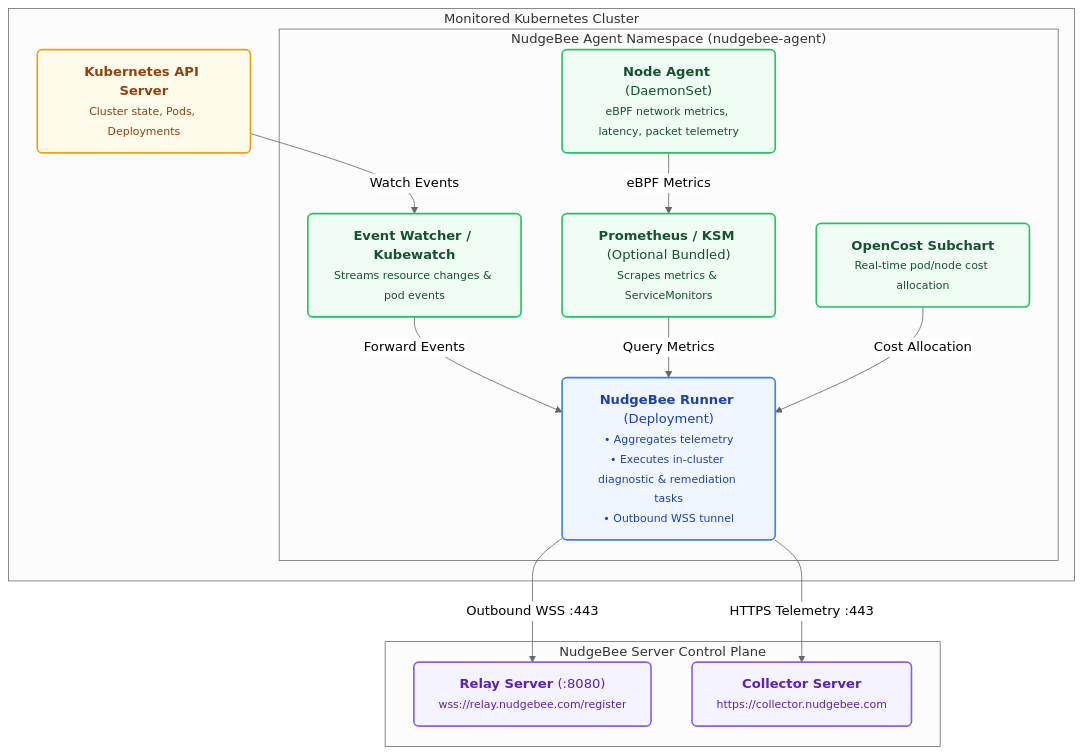
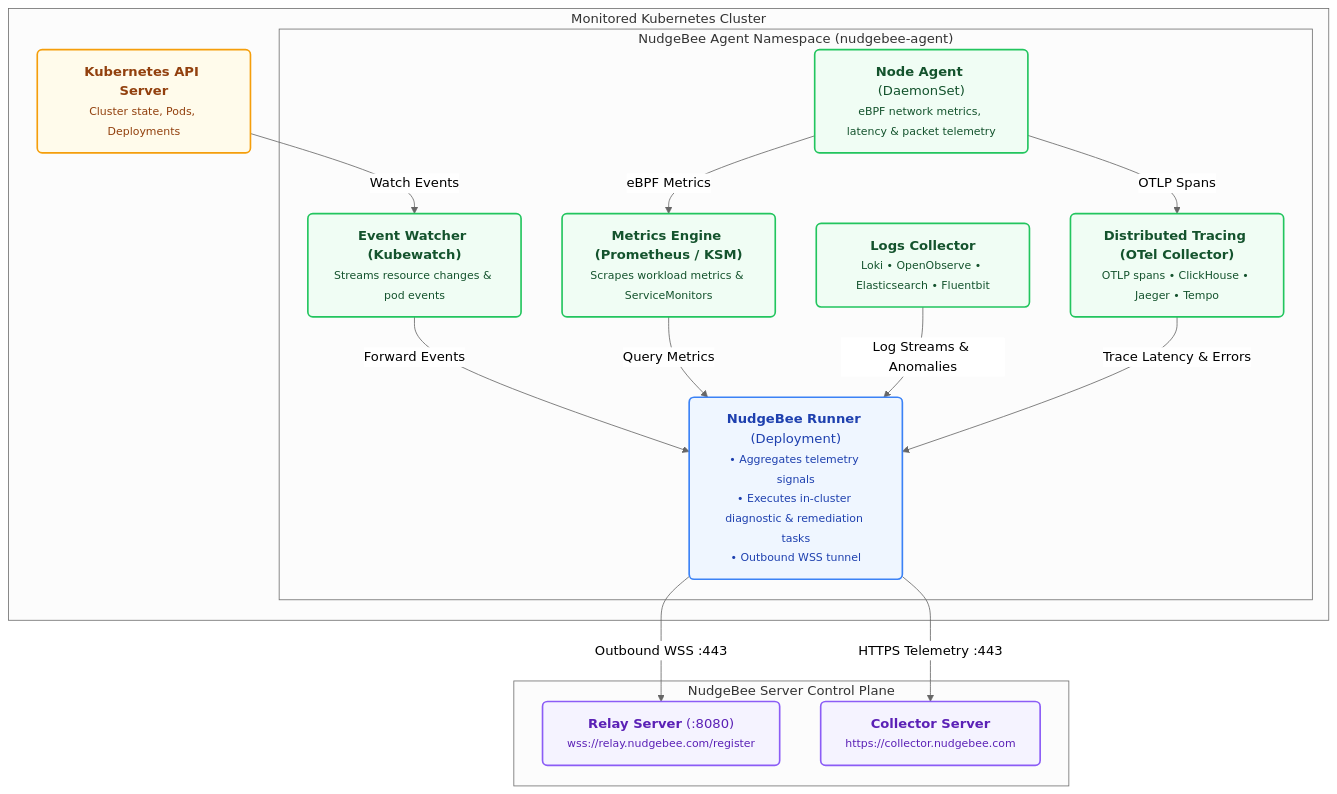
One commit to nudgebee/nudgebee-docs changed the diagram in doc-server/docs/installation/agent/index.md. Above: the diagram before and after it, drawn with Mermaid (neutral theme). The commit also changed other lines of this file and 1 other file, not shown here.

Commit message:
docs: add logging and tracing to agent architecture and remove opencost references

````diff
--- a/doc-server/docs/installation/agent/index.md
+++ b/doc-server/docs/installation/agent/index.md
@@ -34,33 +34,36 @@
 ```mermaid
 flowchart TB
     classDef runner fill:#eff6ff,stroke:#3b82f6,stroke-width:2px,color:#1e40af,rx:6,ry:6;
     classDef collector fill:#f0fdf4,stroke:#22c55e,stroke-width:2px,color:#14532d,rx:6,ry:6;
     classDef k8s fill:#fffbeb,stroke:#f59e0b,stroke-width:2px,color:#92400e,rx:6,ry:6;
     classDef server fill:#f5f3ff,stroke:#8b5cf6,stroke-width:2px,color:#5b21b6,rx:6,ry:6;
 
     subgraph MONITORED["Monitored Kubernetes Cluster"]
         API_SERVER["<b>Kubernetes API Server</b><br/><small>Cluster state, Pods, Deployments</small>"]:::k8s
 
         subgraph AGENT["NudgeBee Agent Namespace (nudgebee-agent)"]
-            RUNNER["<b>NudgeBee Runner</b> (Deployment)<br/><small>• Aggregates telemetry<br/>• Executes in-cluster diagnostic & remediation tasks<br/>• Outbound WSS tunnel</small>"]:::runner
-            KUBEWATCH["<b>Event Watcher / Kubewatch</b><br/><small>Streams resource changes & pod events</small>"]:::collector
-            NODE_AGENT["<b>Node Agent</b> (DaemonSet)<br/><small>eBPF network metrics, latency, packet telemetry</small>"]:::collector
-            OPENCOST["<b>OpenCost Subchart</b><br/><small>Real-time pod/node cost allocation</small>"]:::collector
-            PROM["<b>Prometheus / KSM</b> (Optional Bundled)<br/><small>Scrapes metrics & ServiceMonitors</small>"]:::collector
+            RUNNER["<b>NudgeBee Runner</b> (Deployment)<br/><small>• Aggregates telemetry signals<br/>• Executes in-cluster diagnostic & remediation tasks<br/>• Outbound WSS tunnel</small>"]:::runner
+            KUBEWATCH["<b>Event Watcher (Kubewatch)</b><br/><small>Streams resource changes & pod events</small>"]:::collector
+            NODE_AGENT["<b>Node Agent</b> (DaemonSet)<br/><small>eBPF network metrics, latency & packet telemetry</small>"]:::collector
+            PROM["<b>Metrics Engine (Prometheus / KSM)</b><br/><small>Scrapes workload metrics & ServiceMonitors</small>"]:::collector
+            LOGS["<b>Logs Collector</b><br/><small>Loki • OpenObserve • Elasticsearch • Fluentbit</small>"]:::collector
+            TRACES["<b>Distributed Tracing (OTel Collector)</b><br/><small>OTLP spans • ClickHouse • Jaeger • Tempo</small>"]:::collector
         end
     end
 
     subgraph BACKEND["NudgeBee Server Control Plane"]
         RELAY["<b>Relay Server</b> (:8080)<br/><small>wss://relay.nudgebee.com/register</small>"]:::server
         COLLECTOR["<b>Collector Server</b><br/><small>https://collector.nudgebee.com</small>"]:::server
     end
 
     API_SERVER -->|Watch Events| KUBEWATCH
     KUBEWATCH -->|Forward Events| RUNNER
     NODE_AGENT -->|eBPF Metrics| PROM
     PROM -->|Query Metrics| RUNNER
-    OPENCOST -->|Cost Allocation| RUNNER
+    LOGS -->|Log Streams & Anomalies| RUNNER
+    NODE_AGENT -->|OTLP Spans| TRACES
+    TRACES -->|Trace Latency & Errors| RUNNER
 
     RUNNER -->|Outbound WSS :443| RELAY
     RUNNER -->|HTTPS Telemetry :443| COLLECTOR
 ```
````
